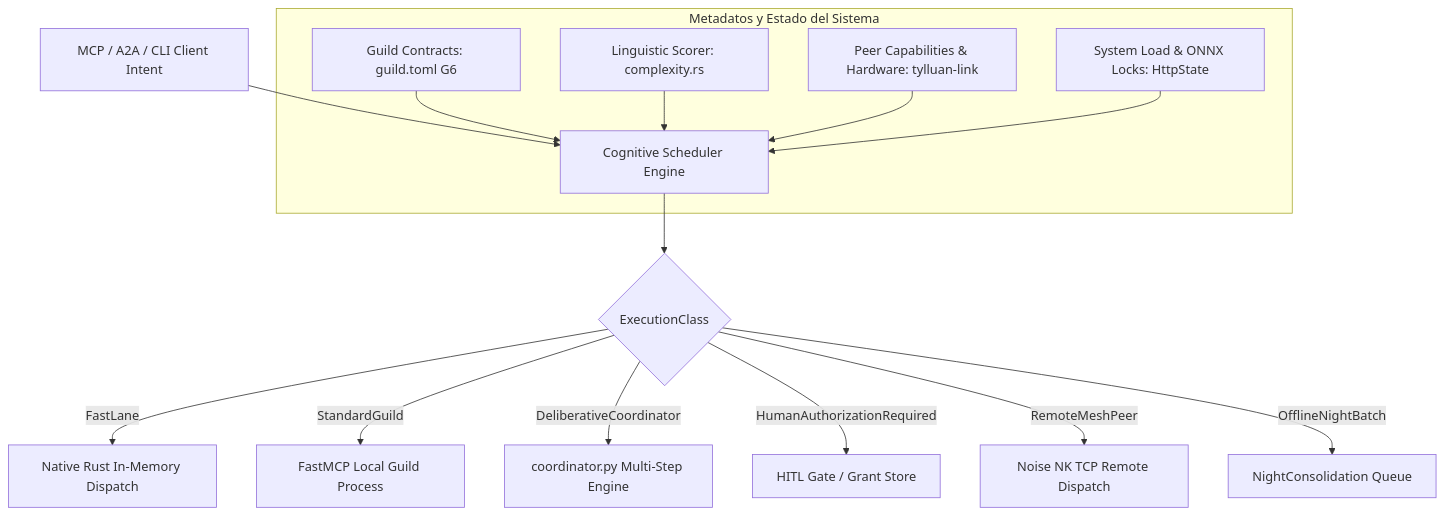
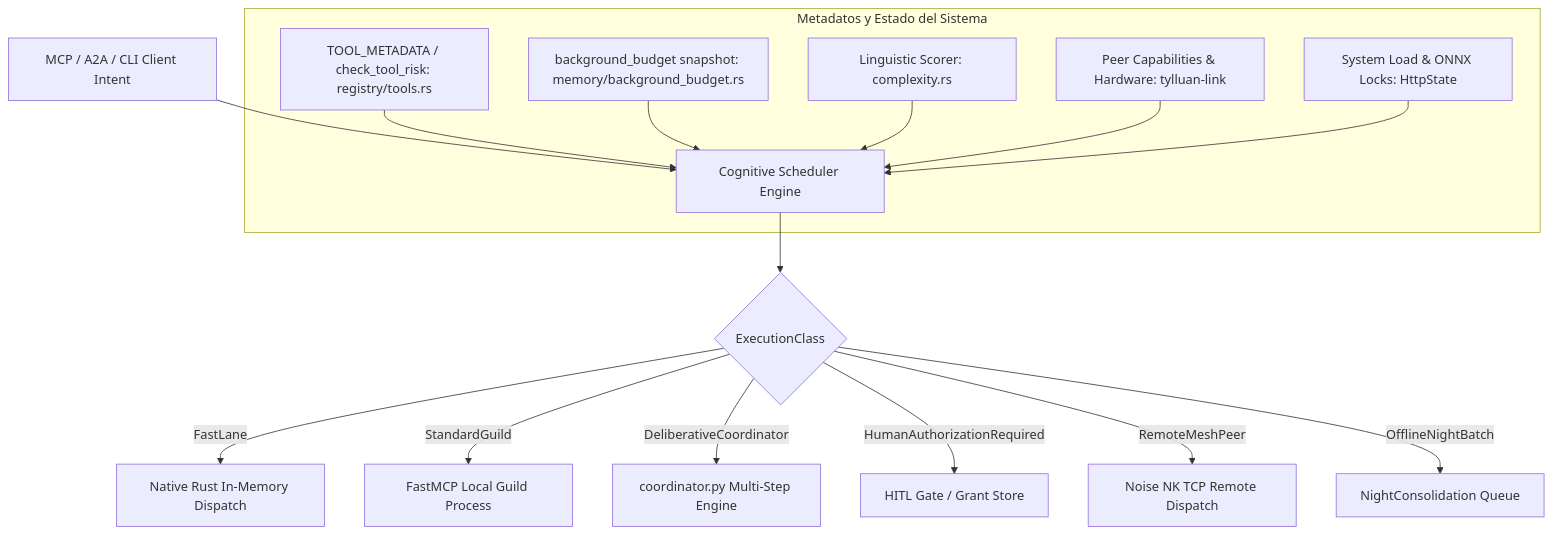
The diagram in docs/architecture/DESIGN_cognitive_scheduler.md (Forja-orca/tylluan), drawn with Mermaid before and after one commit. The commit also changed other lines of this file, not shown here.

First line of the commit message:
feat(telemetry): real latency + HITL wiring for approve_action, Scheduler TaskContext gap closed

````diff
--- a/docs/architecture/DESIGN_cognitive_scheduler.md
+++ b/docs/architecture/DESIGN_cognitive_scheduler.md
@@ -182,20 +201,21 @@
 ```mermaid
 flowchart TD
     ClientIntent[MCP / A2A / CLI Client Intent] --> Scheduler[Cognitive Scheduler Engine]
     
     subgraph Inputs [Metadatos y Estado del Sistema]
-        Contract[Guild Contracts: guild.toml G6] --> Scheduler
+        Contract[TOOL_METADATA / check_tool_risk: registry/tools.rs] --> Scheduler
+        Budget[background_budget snapshot: memory/background_budget.rs] --> Scheduler
         Complexity[Linguistic Scorer: complexity.rs] --> Scheduler
         Caps[Peer Capabilities & Hardware: tylluan-link] --> Scheduler
         Load[System Load & ONNX Locks: HttpState] --> Scheduler
     end
     
     Scheduler --> Decision{ExecutionClass}
     
     Decision -->|FastLane| NativeRust[Native Rust In-Memory Dispatch]
     Decision -->|StandardGuild| PythonGuild[FastMCP Local Guild Process]
     Decision -->|DeliberativeCoordinator| Coord[coordinator.py Multi-Step Engine]
     Decision -->|HumanAuthorizationRequired| HITL[HITL Gate / Grant Store]
     Decision -->|RemoteMeshPeer| P2P[Noise NK TCP Remote Dispatch]
     Decision -->|OfflineNightBatch| Night[NightConsolidation Queue]
 ```
````
